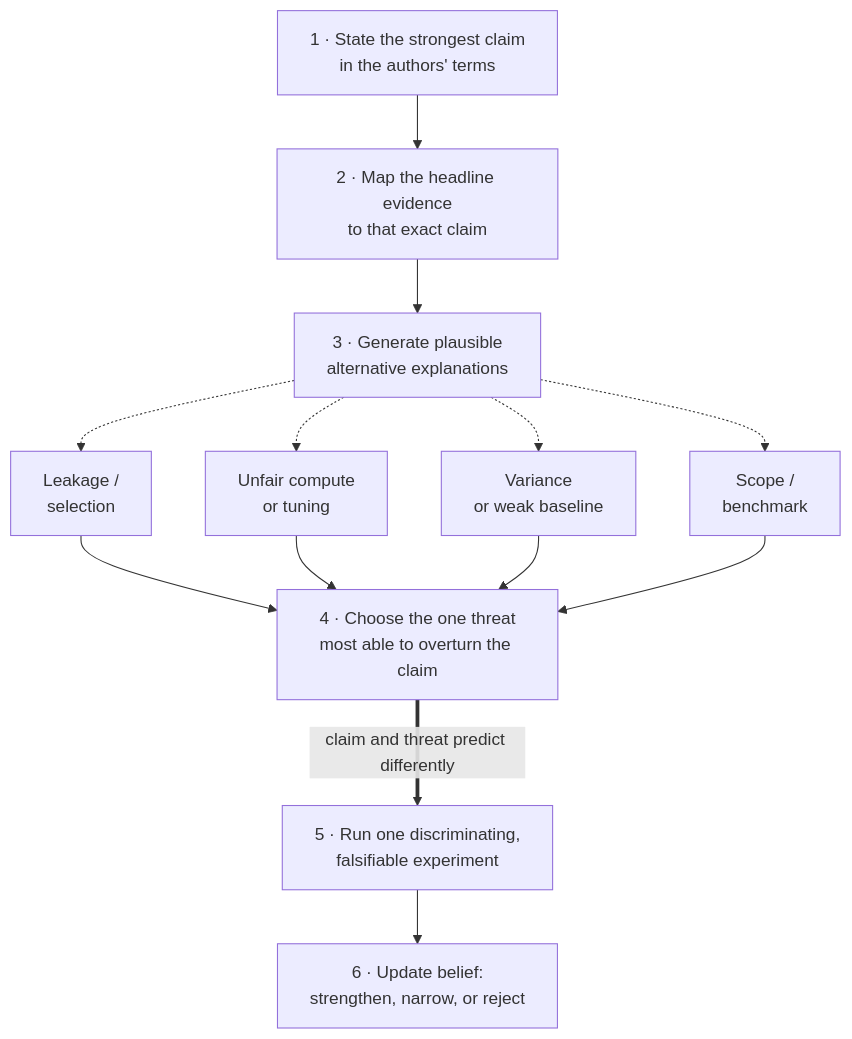
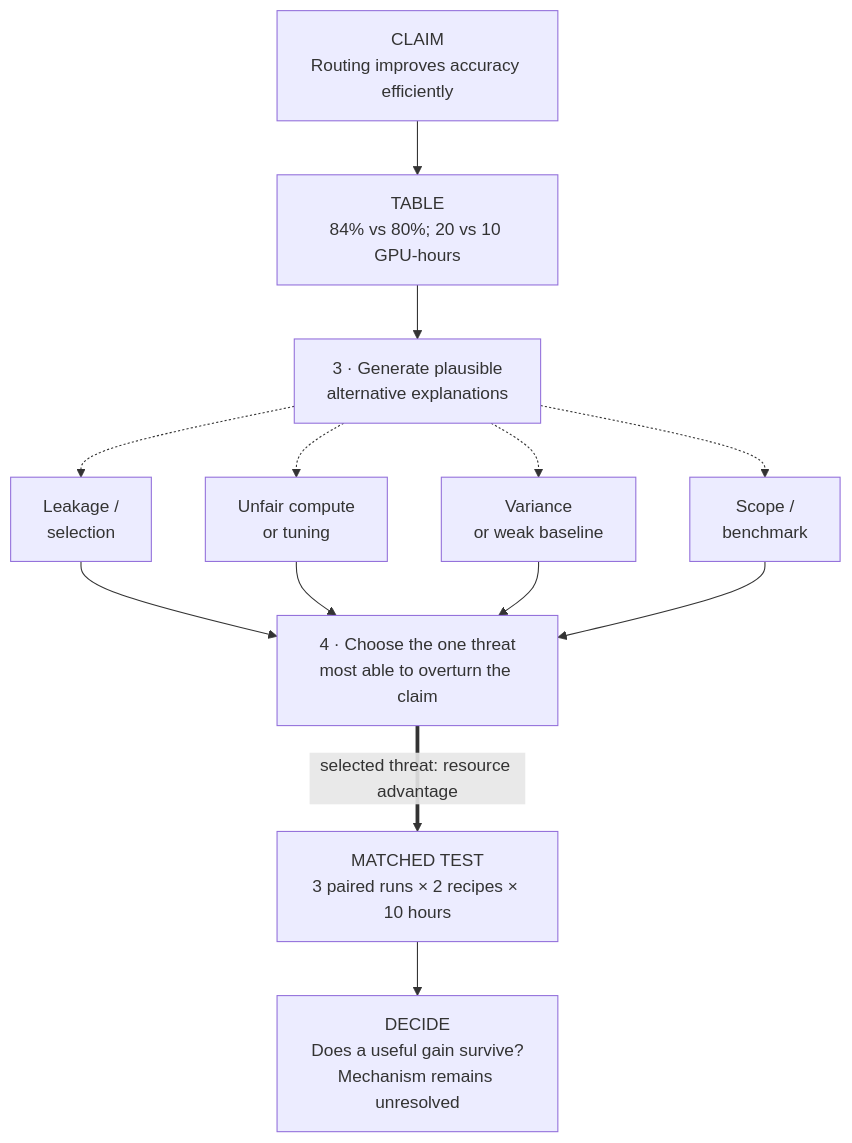
The diagram in src/content/posts/2026-07-10-critique-ml-paper.md (mlmentorship/mlmentorship.github.io), drawn with Mermaid before and after one commit. The commit also changed other lines of this file and 258 other files, not shown here.

````diff
--- a/src/content/posts/2026-07-10-critique-ml-paper.md
+++ b/src/content/posts/2026-07-10-critique-ml-paper.md
@@ -26,22 +32,22 @@
 ```mermaid
 flowchart TB
-	accTitle: A strong paper critique narrows many plausible threats to one belief-changing experiment
-	accDescr: Begin by stating the paper's strongest claim fairly, then map the headline evidence that supports it. Generate plausible alternative explanations including leakage or selection, unfair compute or tuning, variance or a weak baseline, and limited scope. Rank those threats by which could most overturn the central claim, choose one, and propose an experiment where the claim and that alternative predict different outcomes. The result should strengthen, narrow, or reject the claim.
-	C["1 · State the strongest claim<br/>in the authors' terms"] --> E["2 · Map the headline evidence<br/>to that exact claim"]
+	accTitle: Test whether the hypothetical four-point gain survives matched compute
+	accDescr: The claim is that routing improves accuracy efficiently. The table reports 84 versus 80 percent, but 20 versus 10 GPU-hours. Compute, leakage, variance and scope are candidate explanations. The immediate experiment matches hardware, data and total tuning/training budget. Three paired runs per recipe each receive ten GPU-hours, totaling sixty. A justified interval below a two-point useful threshold would narrow the efficiency claim; a supported retained gain would weaken the resource-only explanation without proving the routing mechanism.
+	C["CLAIM<br/>Routing improves accuracy efficiently"] --> E["TABLE<br/>84% vs 80%; 20 vs 10 GPU-hours"]
 	E --> H["3 · Generate plausible<br/>alternative explanations"]
 	H -.-> L["Leakage /<br/>selection"]
 	H -.-> F["Unfair compute<br/>or tuning"]
 	H -.-> V["Variance<br/>or weak baseline"]
 	H -.-> S["Scope /<br/>benchmark"]
 	L --> P["4 · Choose the one threat<br/>most able to overturn the claim"]
 	F --> P
 	V --> P
 	S --> P
-	P ==>|"claim and threat predict differently"| X["5 · Run one discriminating,<br/>falsifiable experiment"]
-	X --> U["6 · Update belief:<br/>strengthen, narrow, or reject"]
+	P ==>|"selected threat: resource advantage"| X["MATCHED TEST<br/>3 paired runs × 2 recipes × 10 hours"]
+	X --> U["DECIDE<br/>Does a useful gain survive?<br/>Mechanism remains unresolved"]
 	class C viz-input
 	class E,H viz-state
 	class L,F,V,S viz-warning
 	class P,X viz-focus
 	class U viz-output
 ```
````
